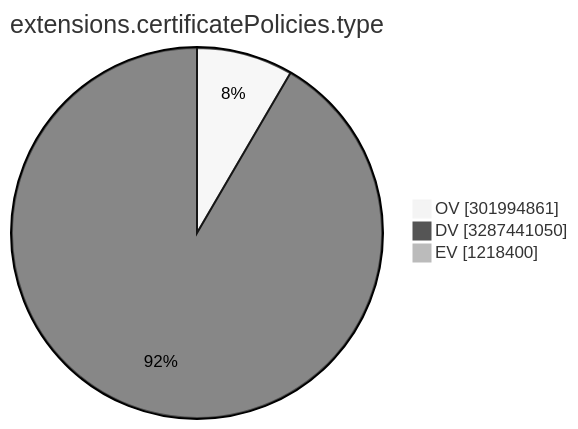
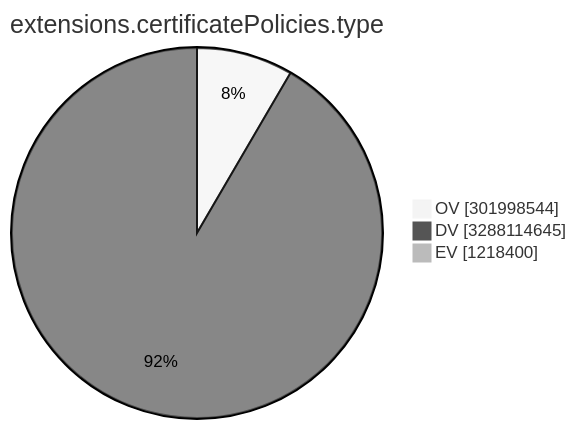
The ninth of 15 diagrams in TOTAL/README.md (christiankrug/ctmonitor_visualization), drawn with Mermaid (neutral theme) before and after one commit. The commit also changed other lines of this file, not shown here.

````diff
--- a/TOTAL/README.md
+++ b/TOTAL/README.md
@@ -3107,7 +3107,7 @@
 ```mermaid
 pie showData
 title extensions.certificatePolicies.type
-"OV" :301994861
-"DV" :3287441050
+"OV" :301998544
+"DV" :3288114645
 "EV" :1218400
 ```
````
